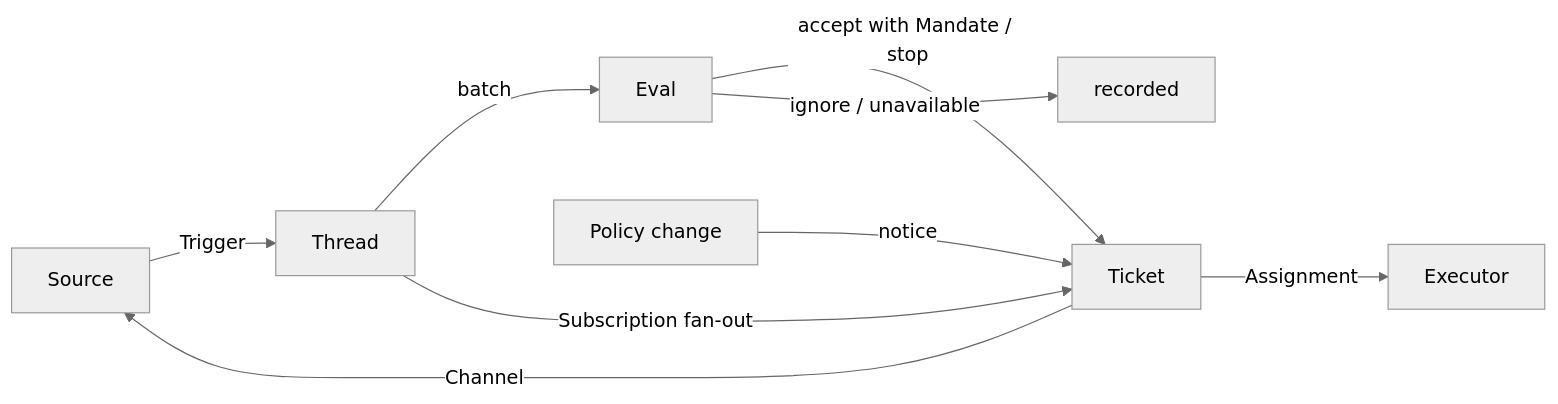
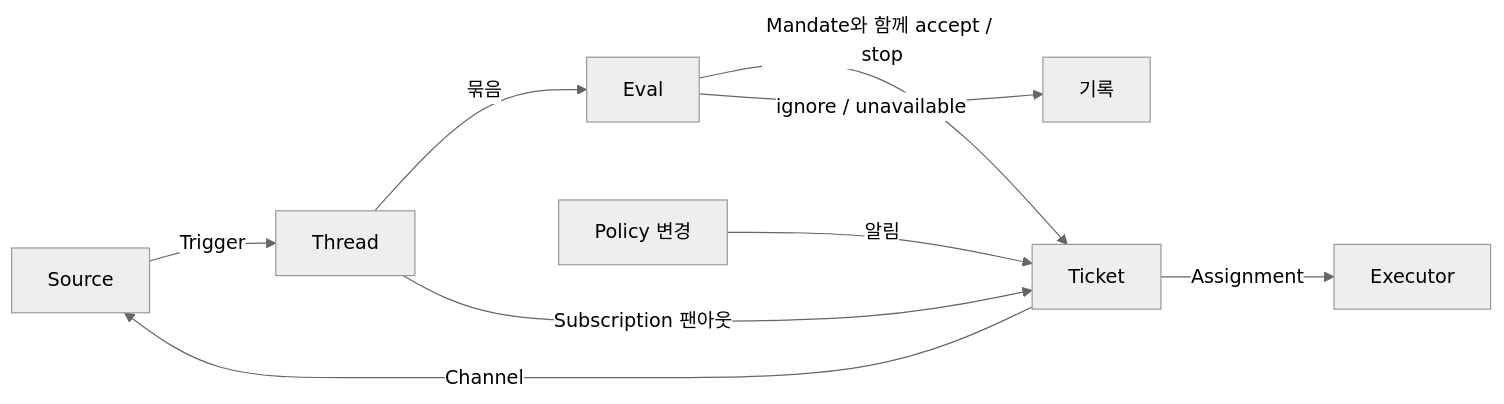
Before and after one commit to rimoir/ref-agent-plugins-ko: the diagram in dsh-superagent/docs/001-domain.md, drawn with Mermaid (neutral theme). The commit also changed other lines of this file and 31 other files, not shown here.

````diff
--- a/dsh-superagent/docs/001-domain.md
+++ b/dsh-superagent/docs/001-domain.md
@@ -9,11 +9,11 @@
 ```mermaid
 flowchart LR
   S[Source] -->|Trigger| T[Thread]
-  T -->|batch| E[Eval]
-  T -->|Subscription fan-out| K[Ticket]
-  E -->|accept with Mandate / stop| K
-  E -->|ignore / unavailable| X[recorded]
-  P[Policy change] -->|notice| K
+  T -->|묶음| E[Eval]
+  T -->|Subscription 팬아웃| K[Ticket]
+  E -->|Mandate와 함께 accept / stop| K
+  E -->|ignore / unavailable| X[기록]
+  P[Policy 변경] -->|알림| K
   K -->|Assignment| W[Executor]
   K -->|Channel| S
 ```
````
